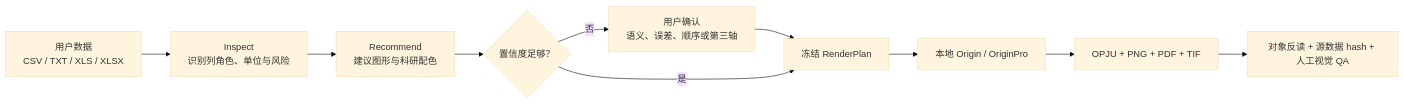
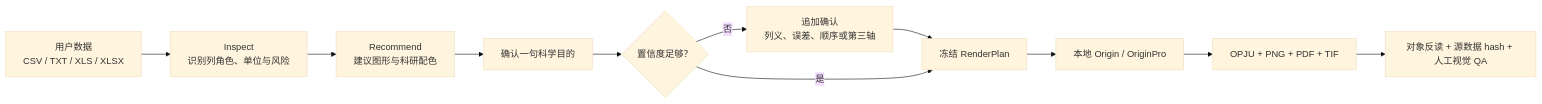
Before and after one commit to hang-jin/editaplot: the diagram in README.md, drawn with Mermaid (base theme). The commit also changed other lines of this file and 26 other files, not shown here.

````diff
--- a/README.md
+++ b/README.md
@@ -24,12 +27,13 @@
 ```mermaid
 flowchart LR
     A["用户数据<br>CSV / TXT / XLS / XLSX"] --> B["Inspect<br>识别列角色、单位与风险"]
     B --> C["Recommend<br>建议图形与科研配色"]
-    C --> D{"置信度足够？"}
-    D -- 否 --> E["用户确认<br>语义、误差、顺序或第三轴"]
-    E --> F["冻结 RenderPlan"]
-    D -- 是 --> F
-    F --> G["本地 Origin / OriginPro"]
-    G --> H["OPJU + PNG + PDF + TIF"]
-    H --> I["对象反读 + 源数据 hash + 人工视觉 QA"]
+    C --> D["确认一句科学目的"]
+    D --> E{"置信度足够？"}
+    E -- 否 --> F["追加确认<br>列义、误差、顺序或第三轴"]
+    F --> G["冻结 RenderPlan"]
+    E -- 是 --> G
+    G --> H["本地 Origin / OriginPro"]
+    H --> I["OPJU + PNG + PDF + TIF"]
+    I --> J["对象反读 + 源数据 hash + 人工视觉 QA"]
 ```
````
